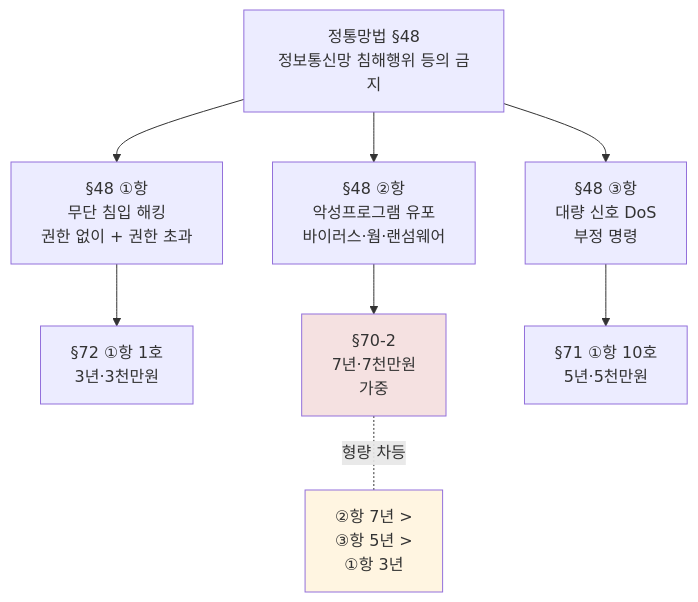
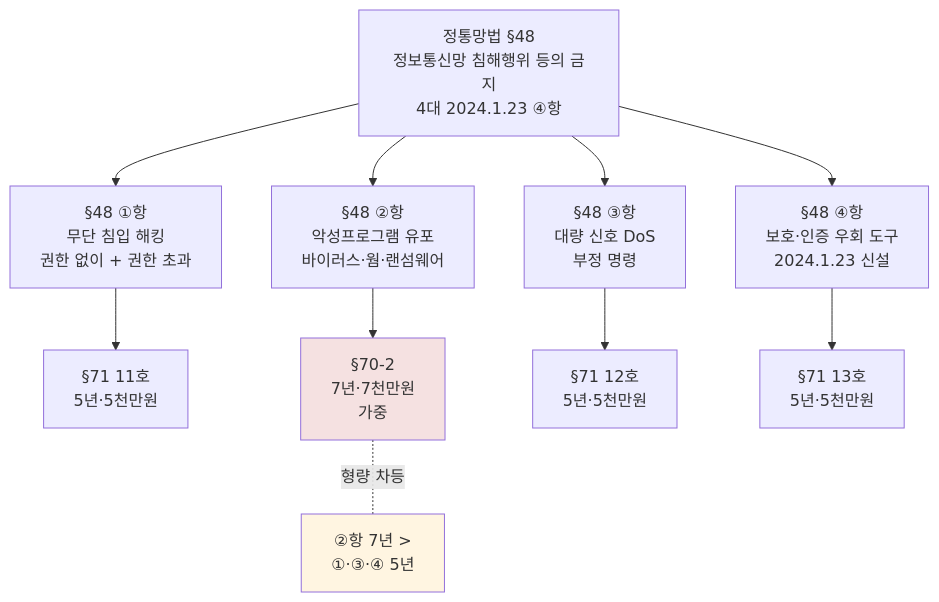
The second of 5 diagrams in cs/information-security/study/05.management-and-law/06.security-ethics.md (ianrang/cs-study), drawn with Mermaid before and after one commit. The commit also changed other lines of this file and 1 other file, not shown here.

````diff
--- a/cs/information-security/study/05.management-and-law/06.security-ethics.md
+++ b/cs/information-security/study/05.management-and-law/06.security-ethics.md
@@ -545,17 +572,19 @@
 ```mermaid
 graph TD
-  ROOT[정통망법 §48<br/>정보통신망 침해행위 등의 금지]
+  ROOT[정통망법 §48<br/>정보통신망 침해행위 등의 금지<br/>4대 2024.1.23 ④항]
 
   ROOT --> H1[§48 ①항<br/>무단 침입 해킹<br/>권한 없이 + 권한 초과]
   ROOT --> H2[§48 ②항<br/>악성프로그램 유포<br/>바이러스·웜·랜섬웨어]
   ROOT --> H3[§48 ③항<br/>대량 신호 DoS<br/>부정 명령]
+  ROOT --> H4[§48 ④항<br/>보호·인증 우회 도구<br/>2024.1.23 신설]
 
-  H1 --> P1[§72 ①항 1호<br/>3년·3천만원]
+  H1 --> P1[§71 11호<br/>5년·5천만원]
   H2 --> P2[§70-2<br/>7년·7천만원<br/>가중]
-  H3 --> P3[§71 ①항 10호<br/>5년·5천만원]
+  H3 --> P3[§71 12호<br/>5년·5천만원]
+  H4 --> P4[§71 13호<br/>5년·5천만원]
 
-  P2 -.형량 차등.- ORDER[②항 7년 ><br/>③항 5년 ><br/>①항 3년]
+  P2 -.형량 차등.- ORDER[②항 7년 ><br/>①·③·④ 5년]
 
   style P2 fill:#f5e1e1
   style ORDER fill:#fff5e1
 ```
````
